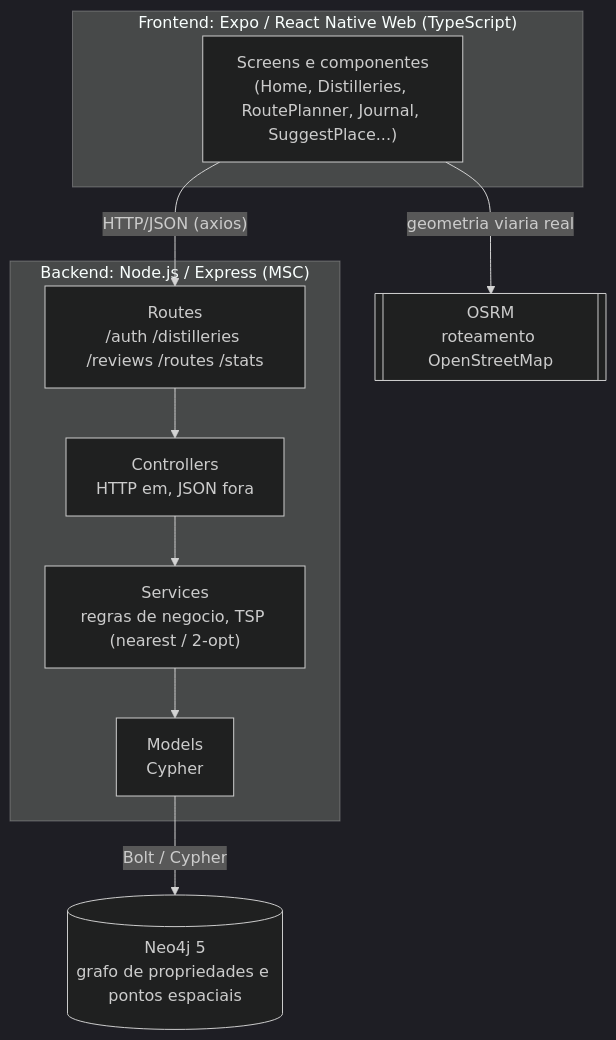
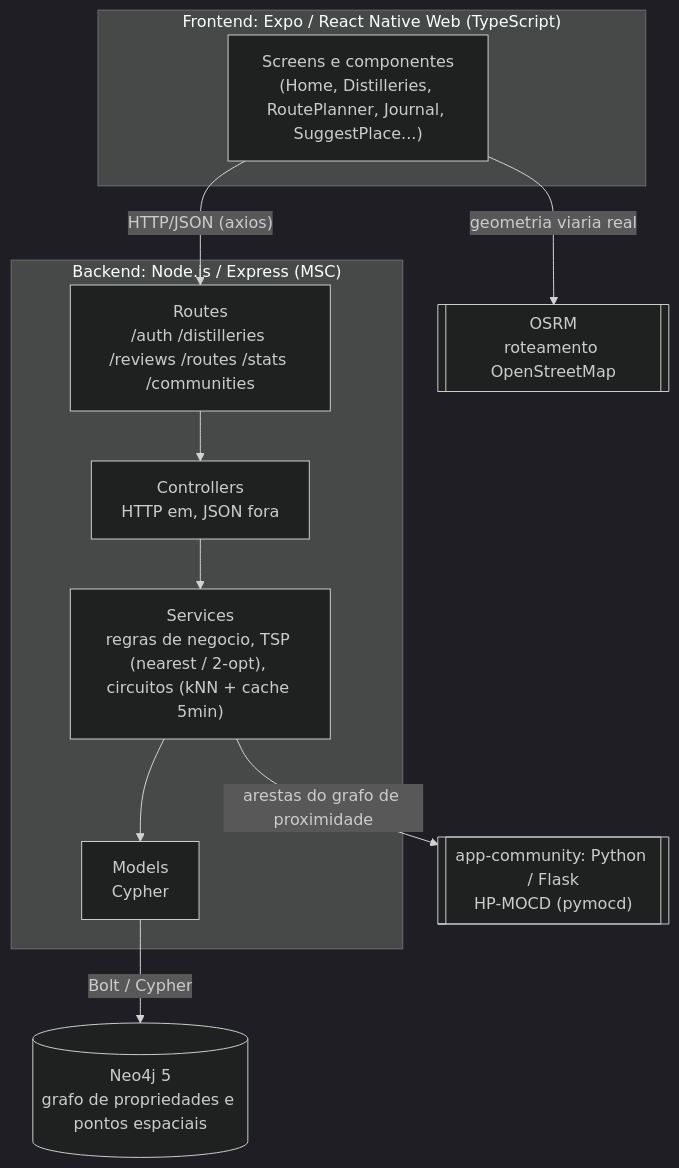
The diagram in doc/diagrams/architecture.mmd (glermFF/TP_Bancos_de_Dados_II), drawn with Mermaid (dark theme) before and after one commit. The commit also changed 31 other files, not shown here.

```diff
--- a/doc/diagrams/architecture.mmd
+++ b/doc/diagrams/architecture.mmd
@@ -1,19 +1,21 @@
 flowchart TB
     subgraph FE["Frontend: Expo / React Native Web (TypeScript)"]
         UI["Screens e componentes<br/>(Home, Distilleries, RoutePlanner, Journal, SuggestPlace...)"]
     end
 
     subgraph BE["Backend: Node.js / Express (MSC)"]
-        RT["Routes<br/>/auth /distilleries /reviews /routes /stats"]
+        RT["Routes<br/>/auth /distilleries /reviews /routes /stats /communities"]
         CT["Controllers<br/>HTTP em, JSON fora"]
-        SV["Services<br/>regras de negocio, TSP (nearest / 2-opt)"]
+        SV["Services<br/>regras de negocio, TSP (nearest / 2-opt), circuitos (kNN + cache 5min)"]
         MD["Models<br/>Cypher"]
         RT --> CT --> SV --> MD
     end
 
     DB[("Neo4j 5<br/>grafo de propriedades e pontos espaciais")]
     OSRM[["OSRM<br/>roteamento OpenStreetMap"]]
+    COMM[["app-community: Python / Flask<br/>HP-MOCD (pymocd)"]]
 
     UI -- "HTTP/JSON (axios)" --> RT
     MD -- "Bolt / Cypher" --> DB
+    SV -- "arestas do grafo de proximidade" --> COMM
     UI -- "geometria viaria real" --> OSRM
```
